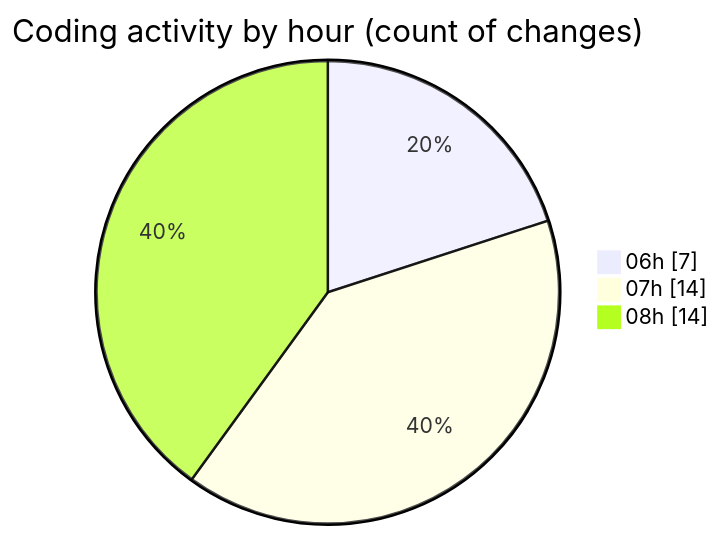
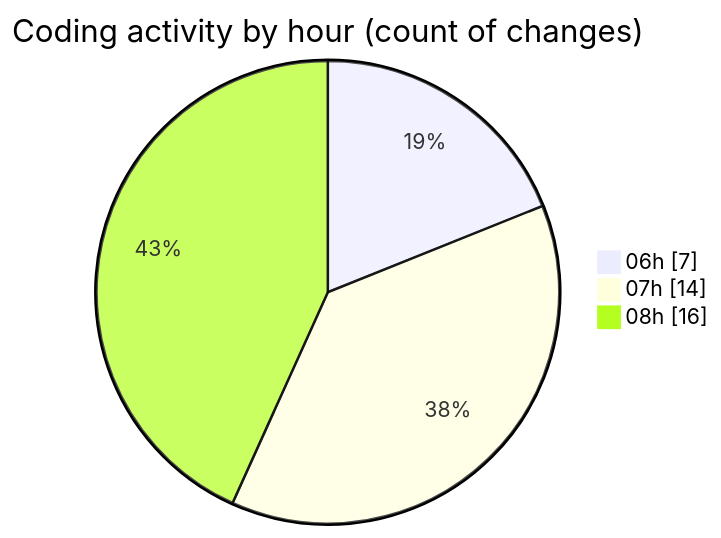
One commit to vahidmafi/code-tracking changed the second of 2 diagrams in 2025-04-18/zeytoon/README.md. Above: the diagram before and after it, drawn with Mermaid. The commit also changed other lines of this file and 1 other file, not shown here.

````diff
--- a/2025-04-18/zeytoon/README.md
+++ b/2025-04-18/zeytoon/README.md
@@ -36,7 +36,7 @@
 ```mermaid
 pie showData
 title Coding activity by hour (count of changes)
 "06h" : 7
 "07h" : 14
-"08h" : 14
+"08h" : 16
 ```
````
